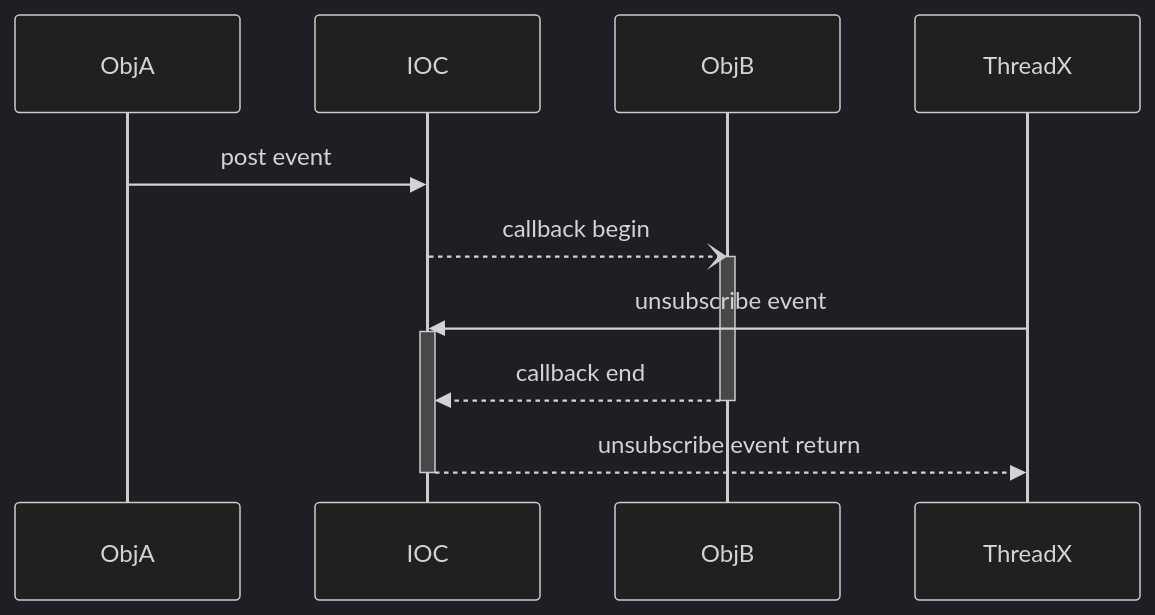
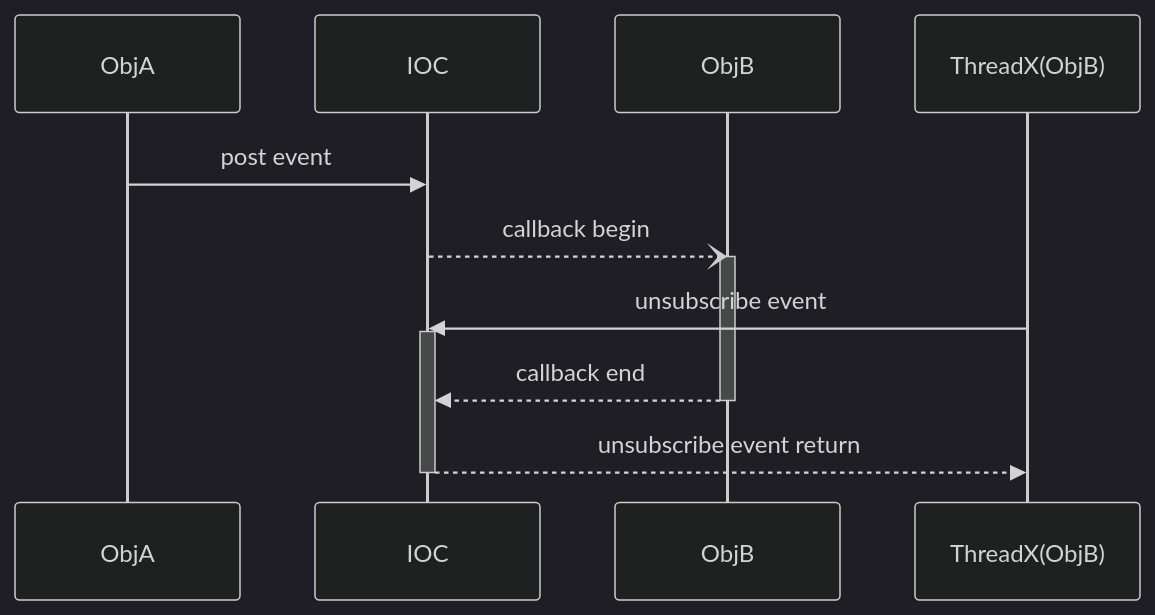
Before and after one commit to EnigmaWU/MyIOC_inTDD_withGHC: the fourth of 17 diagrams in README_UseCase.md, drawn with Mermaid (dark theme). The commit also changed other lines of this file and 1 other file, not shown here.

Commit message:
Refactor ConlesEventState UTs for better readability and maintainability

````diff
--- a/README_UseCase.md
+++ b/README_UseCase.md
@@ -71,16 +72,16 @@
 ```mermaid
 sequenceDiagram
     participant ObjA
     participant IOC
     participant ObjB
-    participant ThreadX
+    participant ThreadX(ObjB)
     ObjA->>IOC: post event
     IOC--)ObjB: callback begin
     activate ObjB
-    ThreadX->>IOC: unsubscribe event
+    ThreadX(ObjB)->>IOC: unsubscribe event
     activate IOC
     ObjB -->> IOC: callback end
     deactivate ObjB
-    IOC -->> ThreadX: unsubscribe event return
+    IOC -->> ThreadX(ObjB): unsubscribe event return
     deactivate IOC
 ```
````
